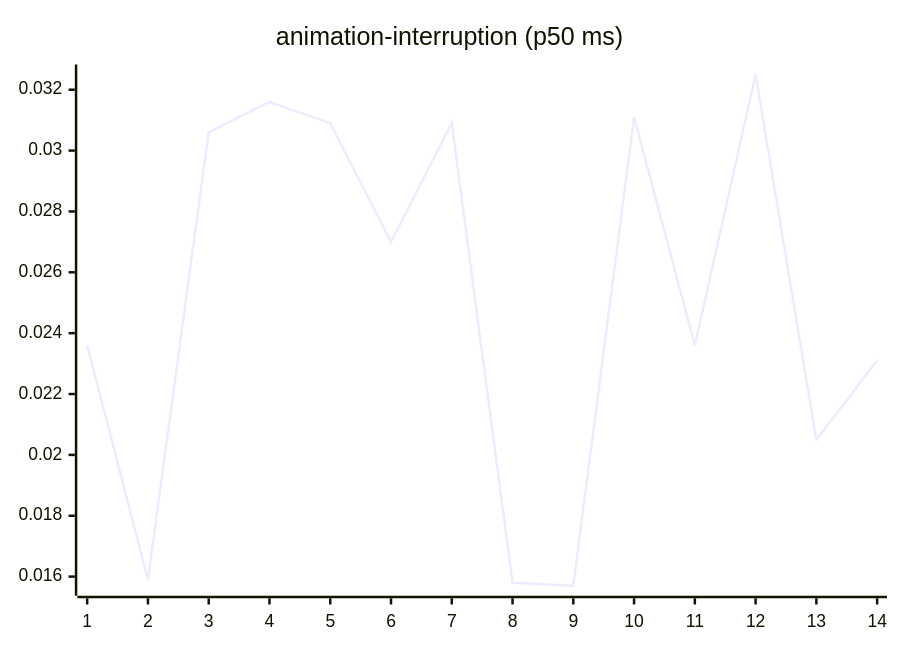
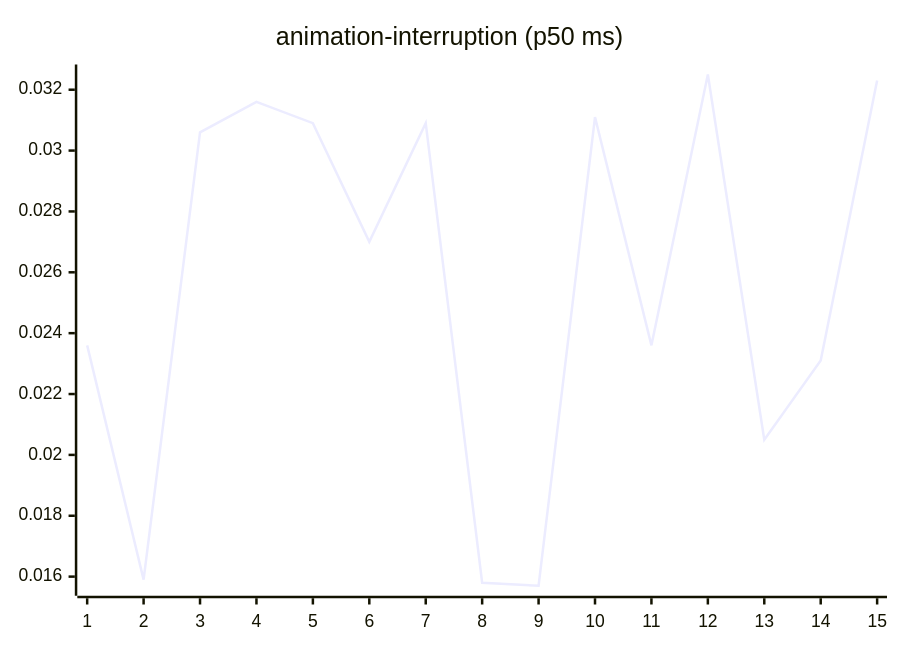
One commit to josha/Facet changed the third of 27 diagrams in README.md. Above: the diagram before and after it, drawn with Mermaid. The commit also changed other lines of this file and 2 other files, not shown here.

````diff
--- a/README.md
+++ b/README.md
@@ -77,6 +77,6 @@
 ```mermaid
 xychart-beta
     title "animation-interruption (p50 ms)"
-    x-axis 1 --> 14
-    line [0.0236, 0.0159, 0.0306, 0.0316, 0.0309, 0.0270, 0.0309, 0.0158, 0.0157, 0.0311, 0.0236, 0.0325, 0.0205, 0.0231]
+    x-axis 1 --> 15
+    line [0.0236, 0.0159, 0.0306, 0.0316, 0.0309, 0.0270, 0.0309, 0.0158, 0.0157, 0.0311, 0.0236, 0.0325, 0.0205, 0.0231, 0.0323]
 ```
````
